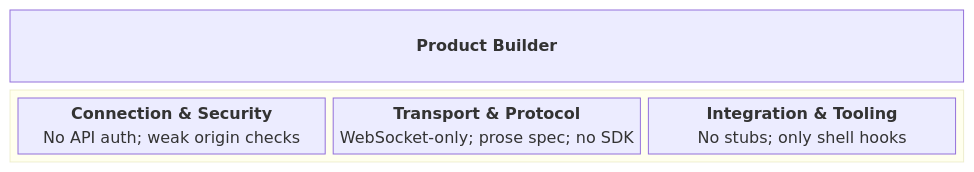
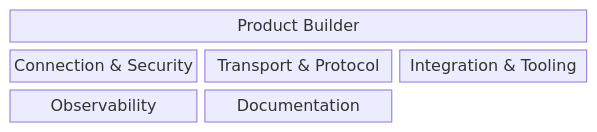
Before and after one commit to michaelatamuk/openjiuwen-jiuwenswarm: the diagram in docs-michael/usability/slides/personas-mermaid/product-builder.md, drawn with Mermaid. The commit also changed other lines of this file and 20 other files, not shown here.

````diff
--- a/docs-michael/usability/slides/personas-mermaid/product-builder.md
+++ b/docs-michael/usability/slides/personas-mermaid/product-builder.md
@@ -5,9 +5,7 @@
 ```mermaid
 block-beta
   columns 3
-  P["<b>Product Builder</b>"]:3
-  block:b0:3
-    columns 3
-    n1["<b>Connection &amp; Security</b>\nNo API auth; weak origin checks"] n2["<b>Transport &amp; Protocol</b>\nWebSocket-only; prose spec; no SDK"] n3["<b>Integration &amp; Tooling</b>\nNo stubs; only shell hooks"]
-  end
+  P["Product Builder"]:3
+  G1["Connection & Security"] G2["Transport & Protocol"] G3["Integration & Tooling"]
+  G4["Observability"] G5["Documentation"]
 ```
````
